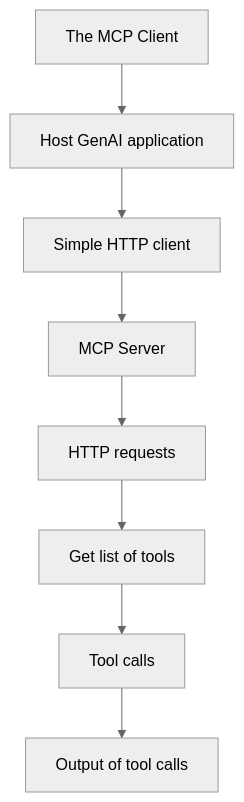
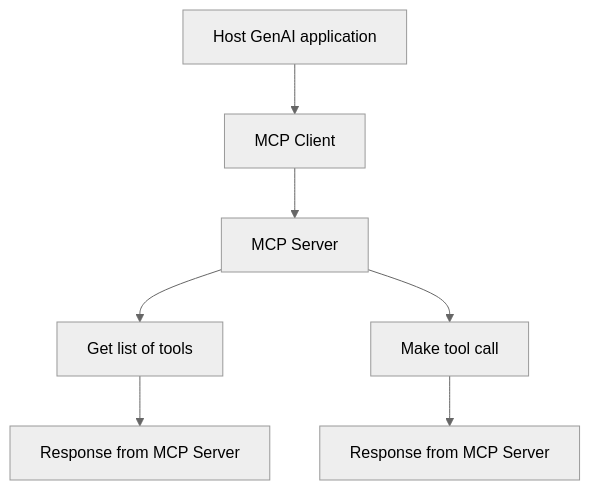
The diagram in report.md (sea-monkeys/mermaid-generator), drawn with Mermaid (neutral theme) before and after one commit. The commit also changed other lines of this file and 1 other file, not shown here.

````diff
--- a/report.md
+++ b/report.md
@@ -1,10 +1,9 @@
 ```mermaid
 graph TD
-    A[The MCP Client] --> B[Host GenAI application]
-    B --> C[Simple HTTP client]
-    C --> D[MCP Server]
-    D --> E[HTTP requests]
-    E --> F[Get list of tools]
-    F --> G[Tool calls]
-    G --> H[Output of tool calls]
+    A[Host GenAI application] --> B[MCP Client]
+    B --> C[MCP Server]
+    C --> D[Get list of tools]
+    C --> E[Make tool call]
+    D --> F[Response from MCP Server]
+    E --> G[Response from MCP Server]
 ```
````
